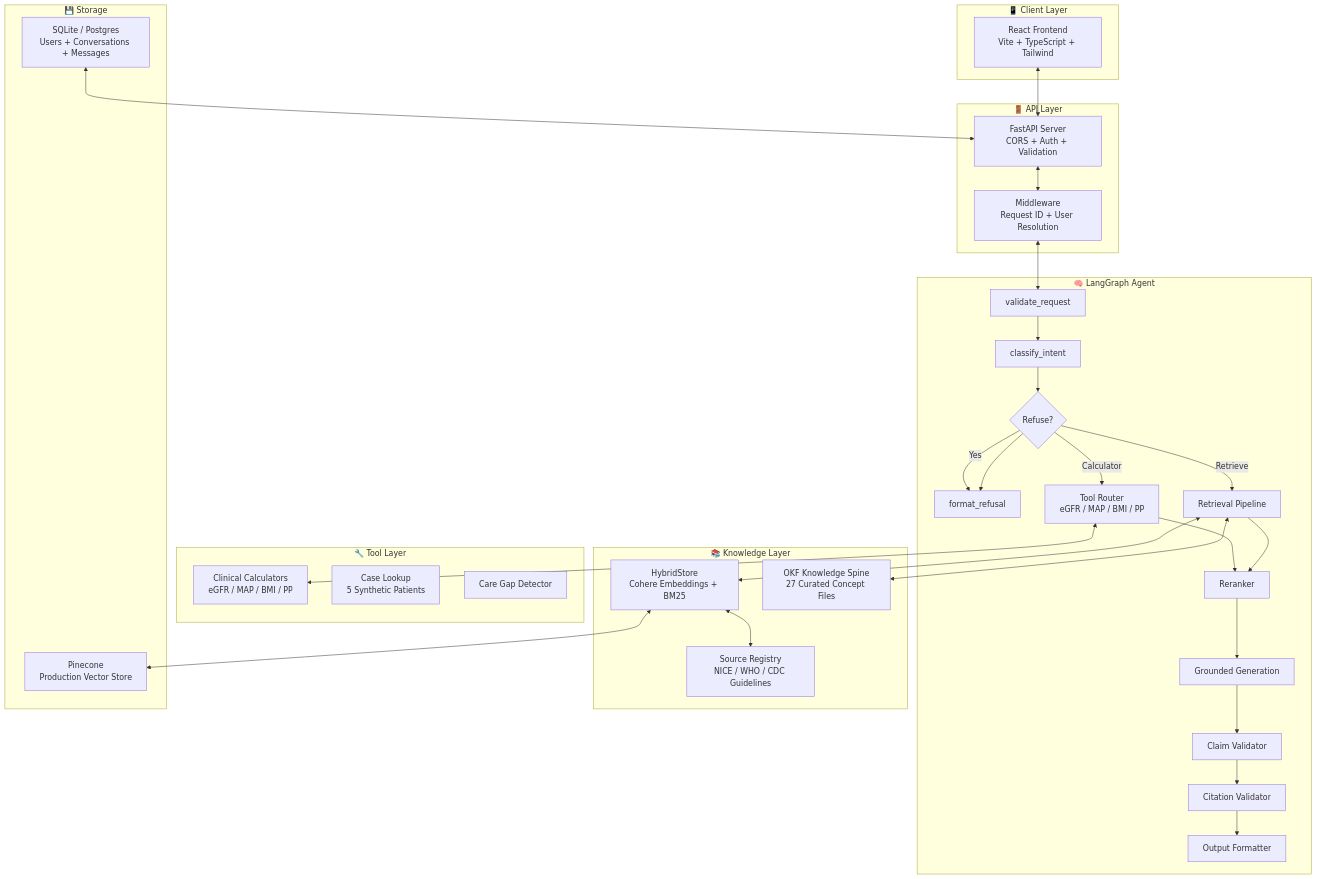
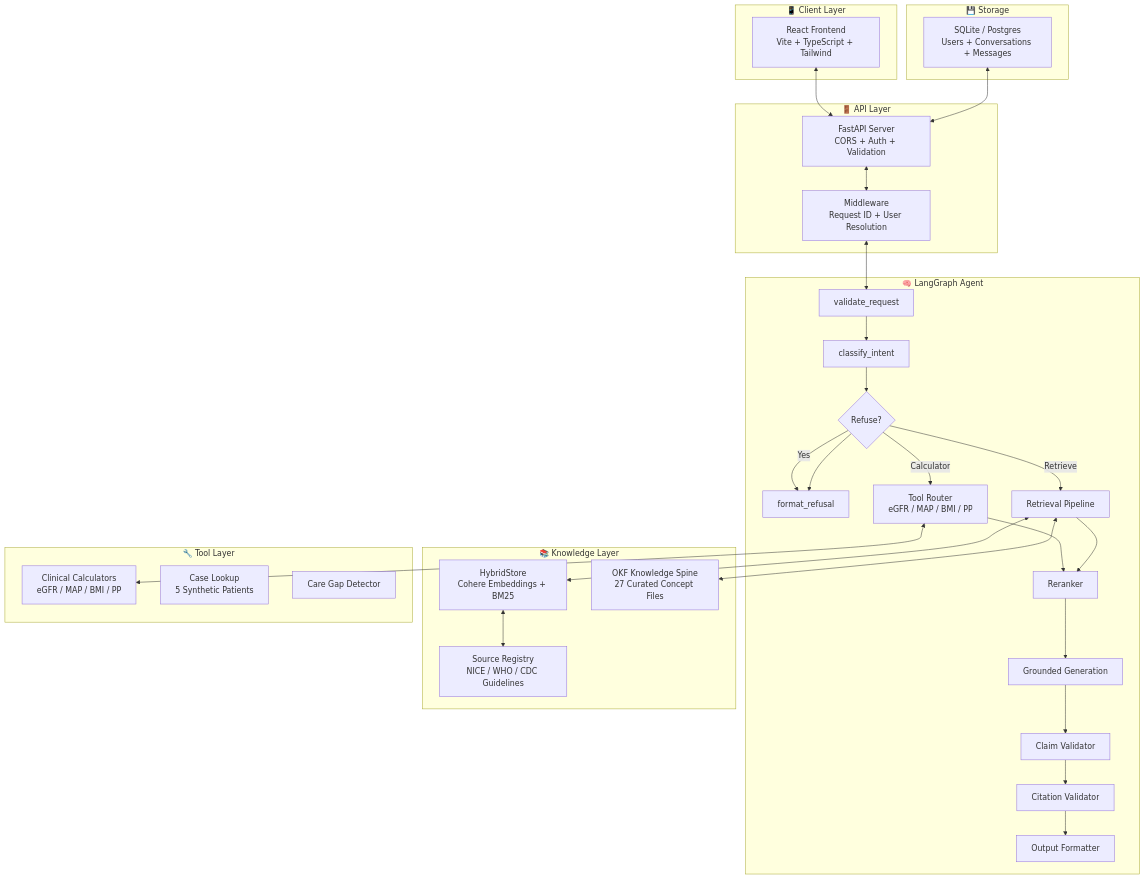
One commit to jeevesh2515/clinical-rag-agent changed the diagram in README.md. Above: the diagram before and after it, drawn with Mermaid. The commit also changed other lines of this file and 28 other files, not shown here.

First line of the commit message:
feat: remove Pinecone, add pgvector free-tier store, mode toggle, project docs

````diff
--- a/README.md
+++ b/README.md
@@ -102,53 +102,51 @@
 ```mermaid
 flowchart TD
     subgraph Client["📱 Client Layer"]
         A[React Frontend<br/>Vite + TypeScript + Tailwind]
     end
 
     subgraph API["🚪 API Layer"]
         B[FastAPI Server<br/>CORS + Auth + Validation]
         C[Middleware<br/>Request ID + User Resolution]
     end
 
     subgraph Agent["🧠 LangGraph Agent"]
         D[validate_request] --> E[classify_intent]
         E --> F{Refuse?}
         F -->|Yes| G[format_refusal]
         F -->|Calculator| H[Tool Router<br/>eGFR / MAP / BMI / PP]
         F -->|Retrieve| I[Retrieval Pipeline]
         H --> J[Reranker]
         I --> J
         J --> K[Grounded Generation]
         K --> L[Claim Validator]
         L --> M[Citation Validator]
         M --> N[Output Formatter]
     end
 
     subgraph Knowledge["📚 Knowledge Layer"]
         O[HybridStore<br/>Cohere Embeddings + BM25]
         P[OKF Knowledge Spine<br/>27 Curated Concept Files]
         Q[Source Registry<br/>NICE / WHO / CDC Guidelines]
     end
 
     subgraph Tools["🔧 Tool Layer"]
         R[Clinical Calculators<br/>eGFR / MAP / BMI / PP]
         S[Case Lookup<br/>5 Synthetic Patients]
         T[Care Gap Detector]
     end
 
     subgraph Storage["💾 Storage"]
         U[SQLite / Postgres<br/>Users + Conversations + Messages]
-        V[Pinecone<br/>Production Vector Store]
     end
 
     A <--> B
     B <--> C
     C <--> D
     F --> G
     H <--> R
     I <--> O
     I <--> P
     O <--> Q
-    O <--> V
     U <--> B
 ```
````
